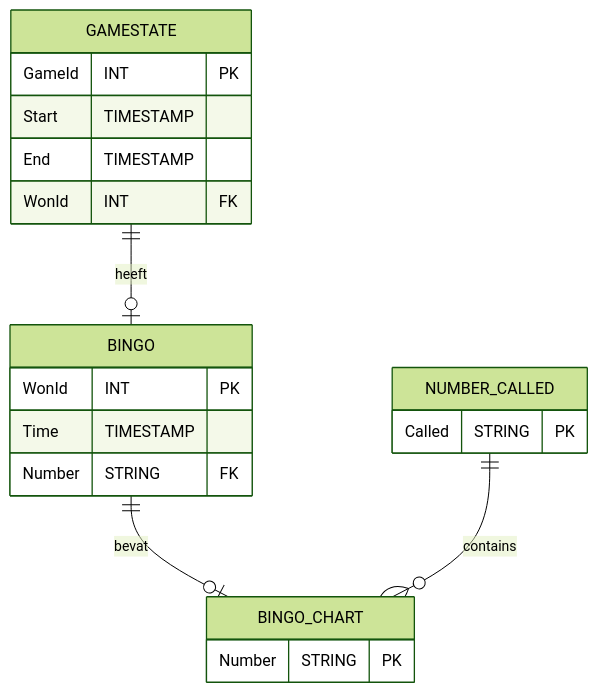
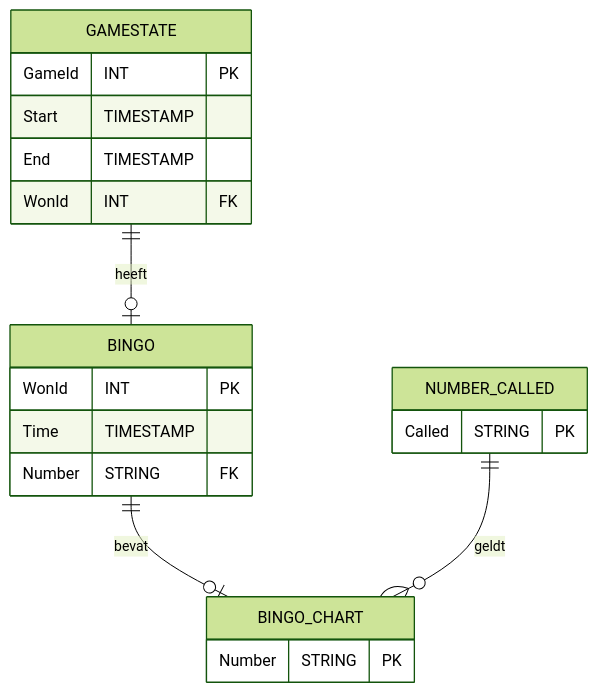
Before and after one commit to almukhabarat/bingo_game_elderly: the diagram in docs/database/database_erd_concept.md, drawn with Mermaid (forest theme). The commit also changed 1 other file, not shown here.

Commit message:
raspi credentials toegevoegd

````diff
--- a/docs/database/database_erd_concept.md
+++ b/docs/database/database_erd_concept.md
@@ -3,27 +3,27 @@
 ```mermaid
     erDiagram
         GAMESTATE ||--o| BINGO : heeft
         BINGO ||--o| BINGO_CHART : bevat
-        NUMBER_CALLED ||--o{ BINGO_CHART : contains
+        NUMBER_CALLED ||--o{ BINGO_CHART : geldt
 
         BINGO_CHART {
             Number STRING PK
         }
 
         NUMBER_CALLED {
             Called STRING PK
         }
 
         BINGO {
             WonId INT PK
             Time TIMESTAMP
             Number STRING FK
         }
 
         GAMESTATE {
             GameId INT PK
             Start TIMESTAMP
             End TIMESTAMP
             WonId INT FK
         }
 ```
````
